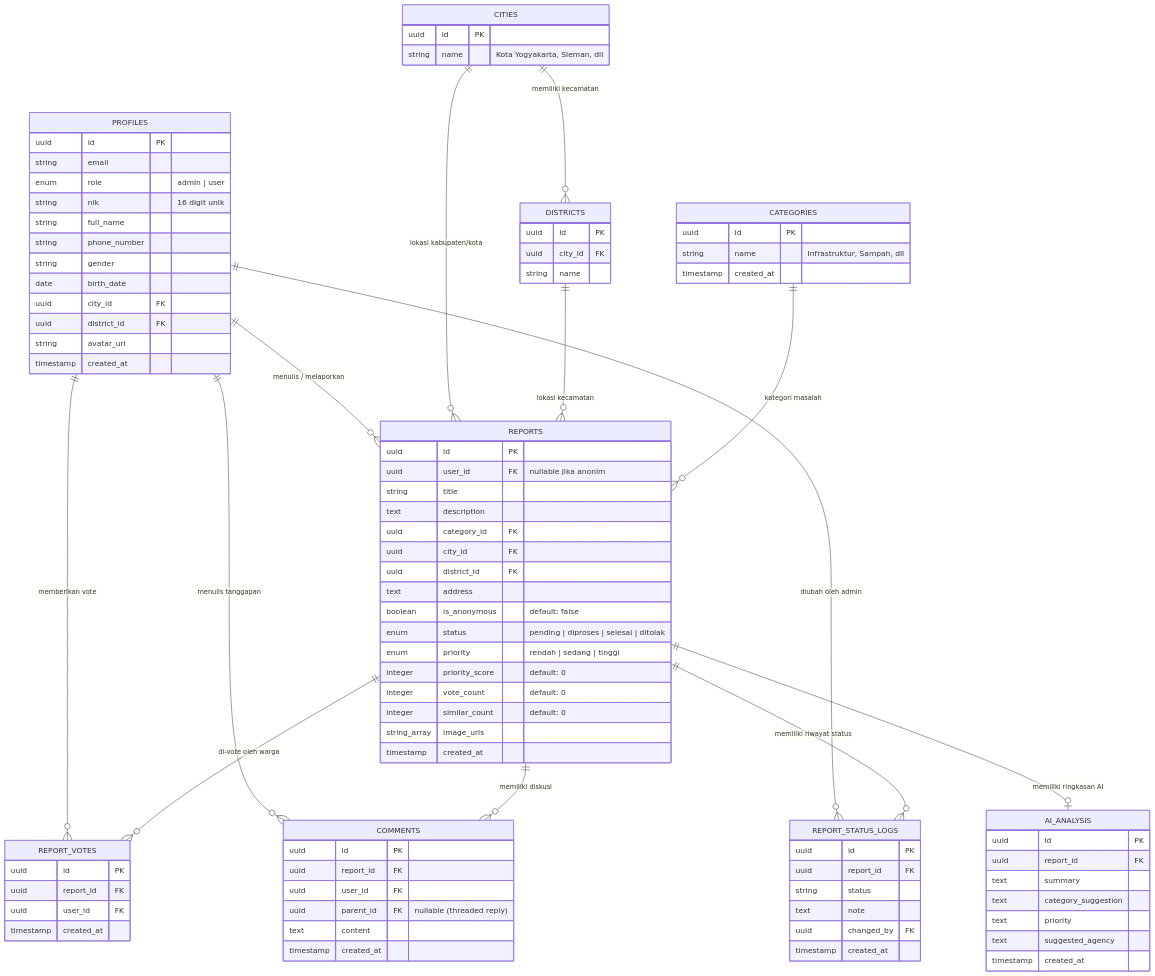
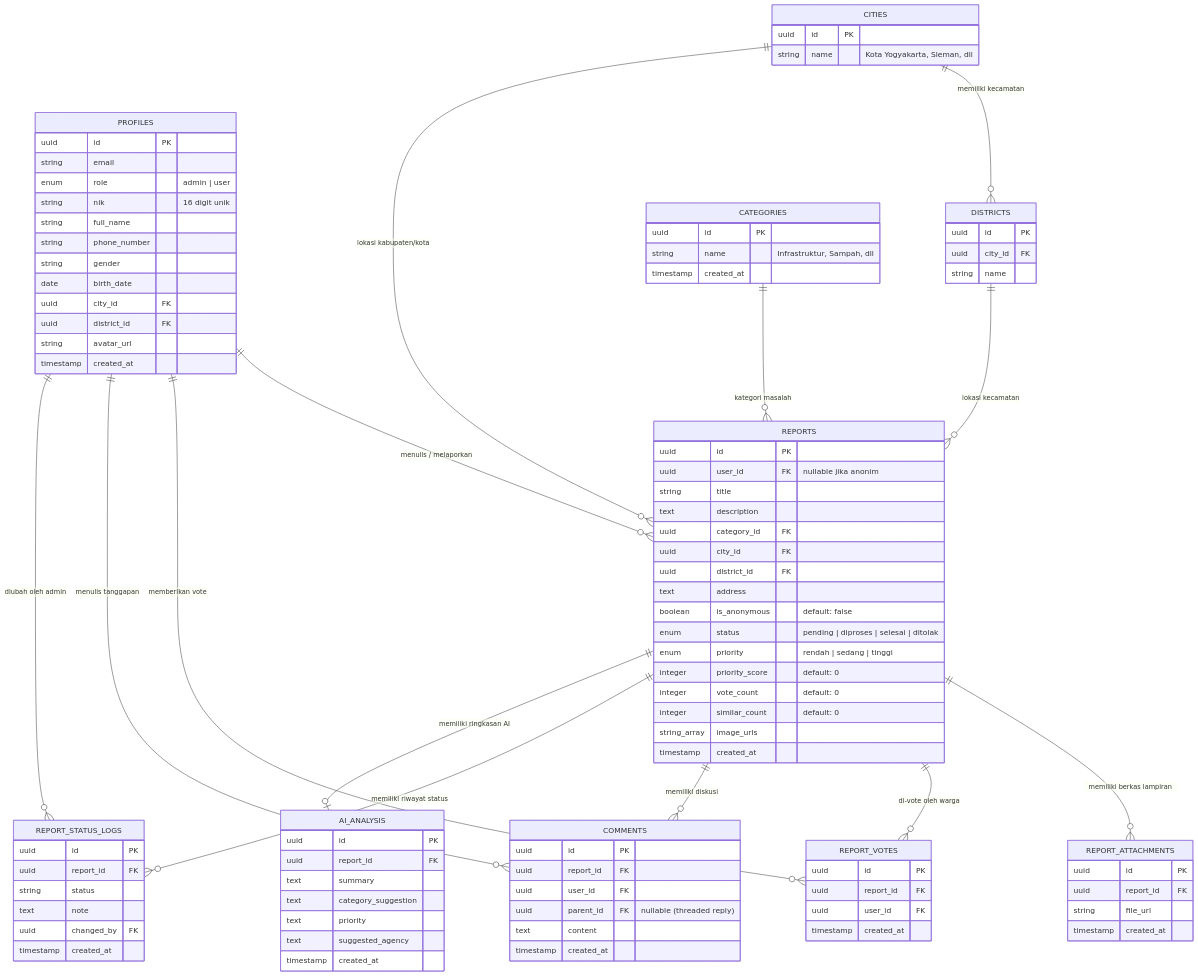
The third of 3 diagrams in docs/TSD.md (ilsetiawan1/laporin-aja-bro), drawn with Mermaid before and after one commit.

Commit message:
docs(tsd): align database dictionary and ERD with consolidated schema

```diff
--- a/docs/TSD.md
+++ b/docs/TSD.md
@@ -131,6 +131,7 @@
     
     CATEGORIES ||--o{ REPORTS : "kategori masalah"
     
+    REPORTS ||--o{ REPORT_ATTACHMENTS : "memiliki berkas lampiran"
     REPORTS ||--o{ REPORT_VOTES : "di-vote oleh warga"
     REPORTS ||--o{ COMMENTS : "memiliki diskusi"
     REPORTS ||--o{ REPORT_STATUS_LOGS : "memiliki riwayat status"
@@ -194,6 +195,13 @@
         timestamp created_at
     }
 
+    REPORT_ATTACHMENTS {
+        uuid id PK
+        uuid report_id FK
+        string file_url
+        timestamp created_at
+    }
+
     REPORT_STATUS_LOGS {
         uuid id PK
         uuid report_id FK
```
